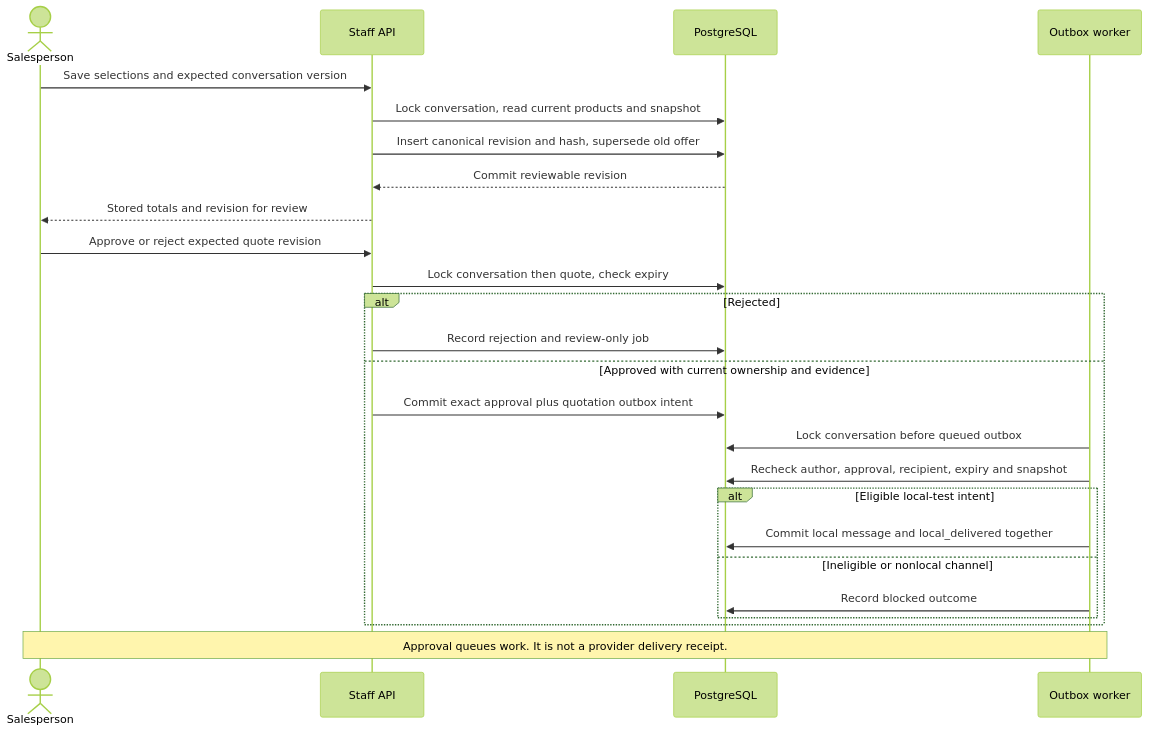
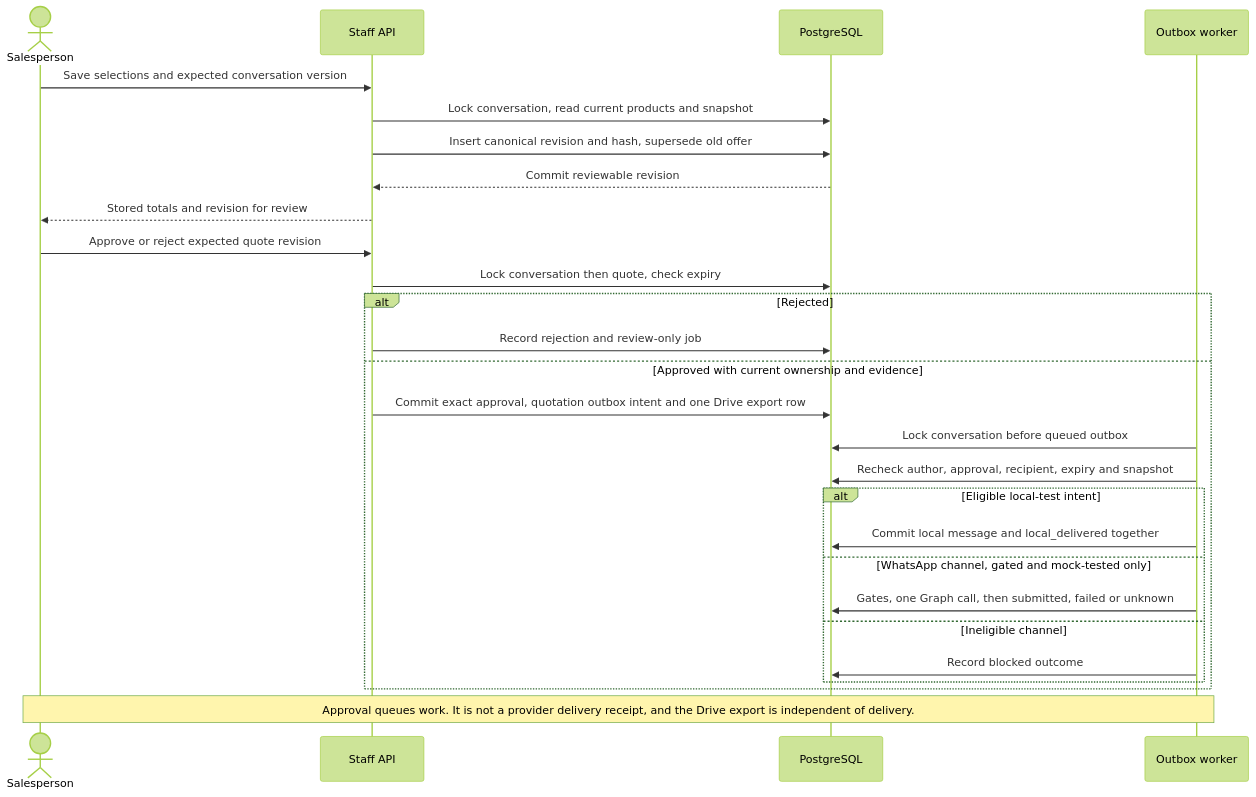
Before and after one commit to Nagdy8888/lumaquote: the diagram in docs/diagrams/quotation-approval.mmd, drawn with Mermaid (forest theme). The commit also changed 120 other files, not shown here.

First line of the commit message:
feat: add evaluation set and media, Drive export, WhatsApp adapter, retention and restore drill

```diff
--- a/docs/diagrams/quotation-approval.mmd
+++ b/docs/diagrams/quotation-approval.mmd
@@ -1,27 +1,29 @@
 sequenceDiagram
   accTitle: Exact quotation review and revalidated local delivery
   accDescr: The backend creates immutable canonical content, staff approves that revision, and the worker rechecks ownership, approval, expiry and commercial evidence before the local effect.
   actor Staff as Salesperson
   participant API as Staff API
   participant DB as PostgreSQL
   participant W as Outbox worker
   Staff->>API: Save selections and expected conversation version
   API->>DB: Lock conversation, read current products and snapshot
   API->>DB: Insert canonical revision and hash, supersede old offer
   DB-->>API: Commit reviewable revision
   API-->>Staff: Stored totals and revision for review
   Staff->>API: Approve or reject expected quote revision
   API->>DB: Lock conversation then quote, check expiry
   alt Rejected
     API->>DB: Record rejection and review-only job
   else Approved with current ownership and evidence
-    API->>DB: Commit exact approval plus quotation outbox intent
+    API->>DB: Commit exact approval, quotation outbox intent and one Drive export row
     W->>DB: Lock conversation before queued outbox
     W->>DB: Recheck author, approval, recipient, expiry and snapshot
     alt Eligible local-test intent
       W->>DB: Commit local message and local_delivered together
-    else Ineligible or nonlocal channel
+    else WhatsApp channel, gated and mock-tested only
+      W->>DB: Gates, one Graph call, then submitted, failed or unknown
+    else Ineligible channel
       W->>DB: Record blocked outcome
     end
   end
-  Note over Staff,W: Approval queues work. It is not a provider delivery receipt.
+  Note over Staff,W: Approval queues work. It is not a provider delivery receipt, and the Drive export is independent of delivery.
```
